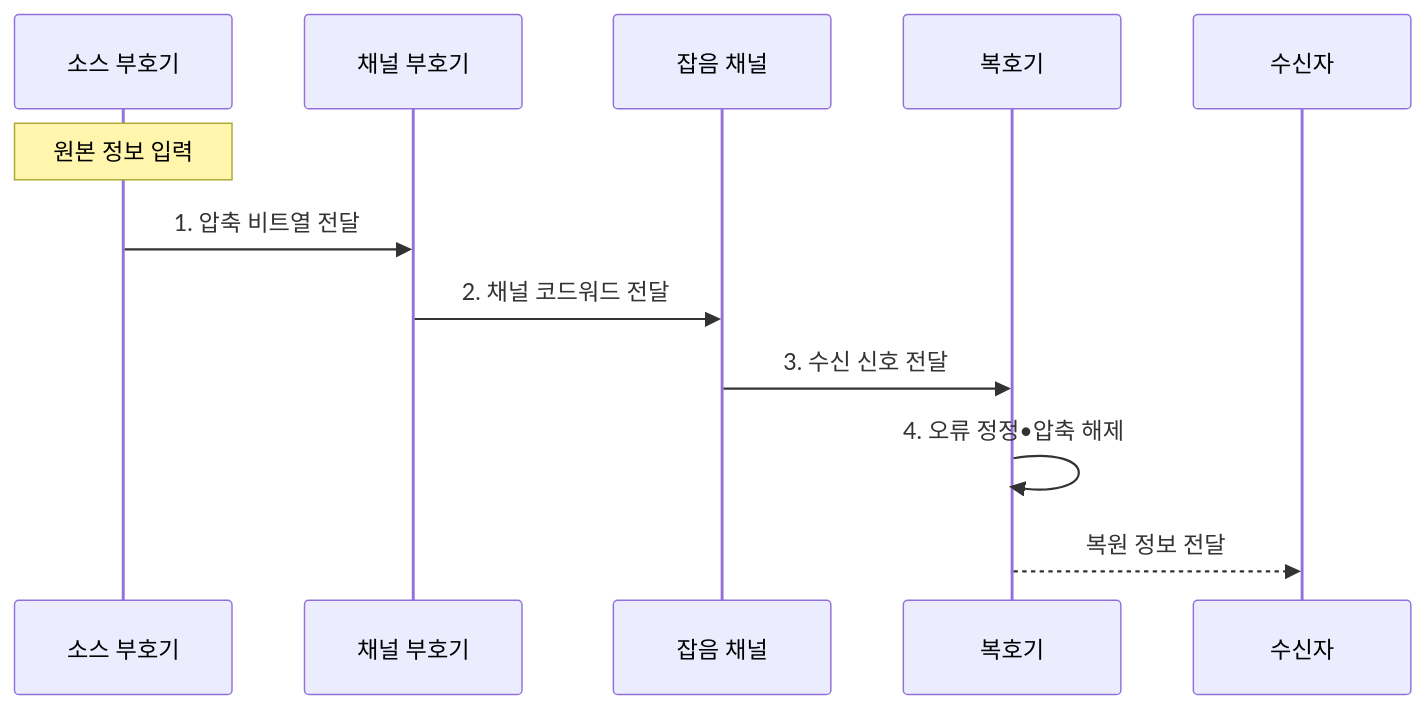
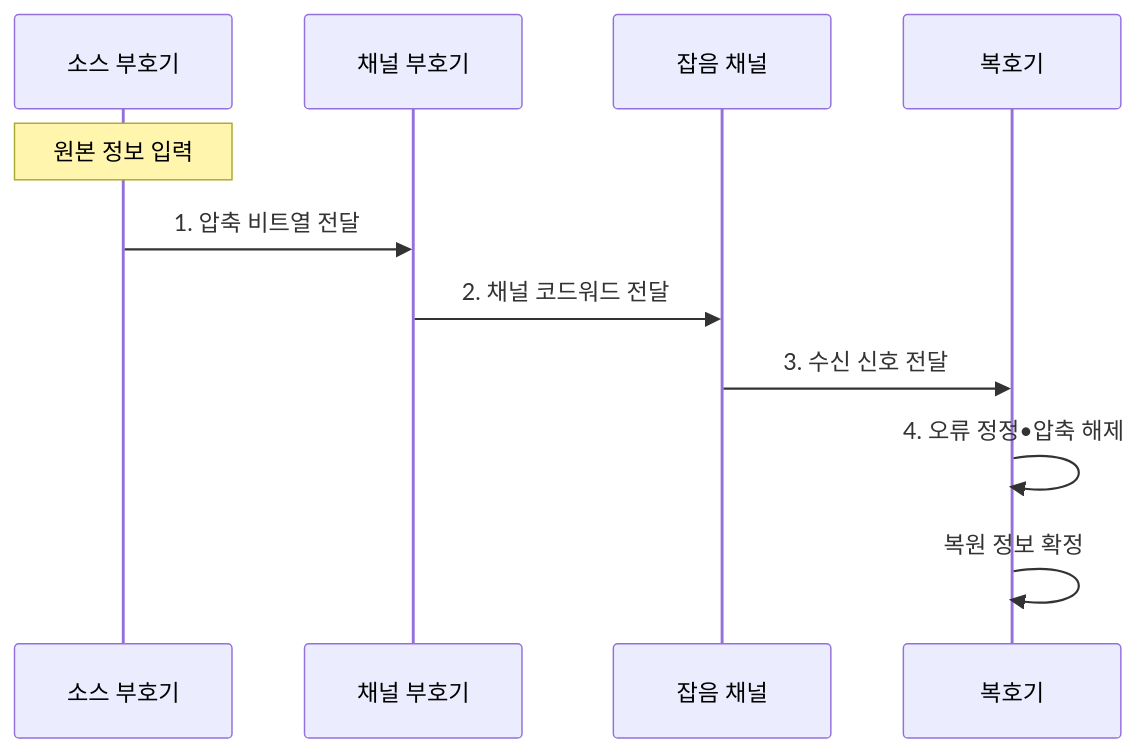
Before and after one commit to agnusdei1207/knowledge-base: the second of 2 diagrams in src/content/docs/notes/01-basic-theory/029_information_theory.md, drawn with Mermaid. The commit also changed 3 other files, not shown here.

Commit message:
Focus coding and probability flows

````diff
--- a/src/content/docs/notes/01-basic-theory/029_information_theory.md
+++ b/src/content/docs/notes/01-basic-theory/029_information_theory.md
@@ -99,14 +99,13 @@
 ```mermaid
 sequenceDiagram
     participant SE as 소스 부호기
     participant CE as 채널 부호기
     participant CH as 잡음 채널
     participant DE as 복호기
-    participant R as 수신자
     Note over SE: 원본 정보 입력
     SE->>CE: 1. 압축 비트열 전달
     CE->>CH: 2. 채널 코드워드 전달
     CH->>DE: 3. 수신 신호 전달
     DE->>DE: 4. 오류 정정•압축 해제
-    DE-->>R: 복원 정보 전달
+    DE->>DE: 복원 정보 확정
 ```
````
